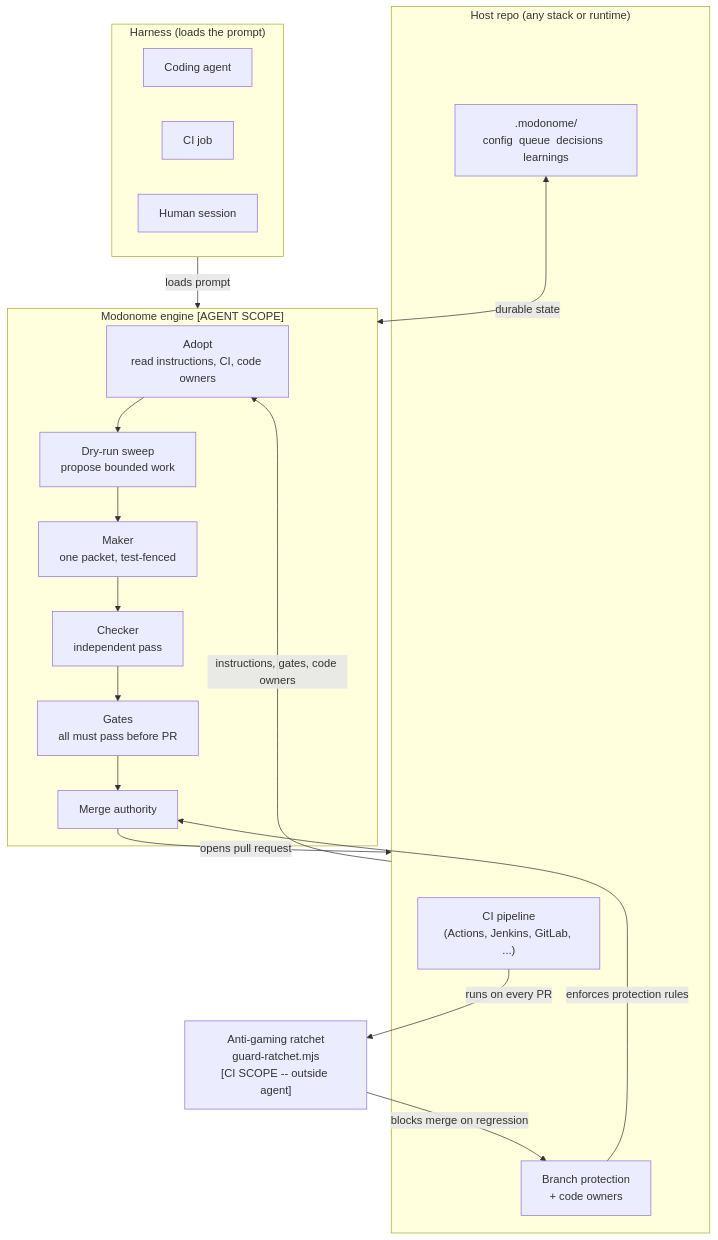
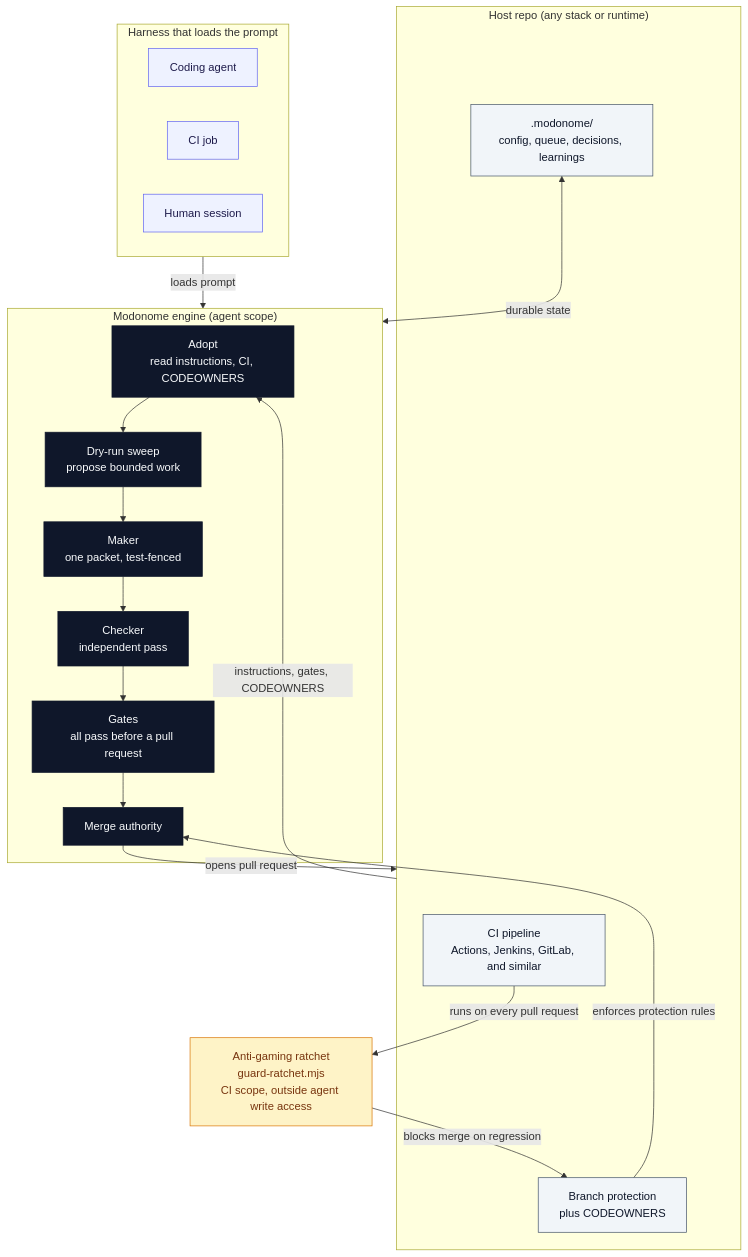
The third of 6 diagrams in ARCHITECTURE.md (enumind/modonome), drawn with Mermaid before and after one commit. The commit also changed other lines of this file and 16 other files, not shown here.

First line of the commit message:
Harden CI trust boundary and fix ratchet test-file coverage (#9)

````diff
--- a/ARCHITECTURE.md
+++ b/ARCHITECTURE.md
@@ -63,38 +163,48 @@
 ```mermaid
 flowchart TB
+  classDef host fill:#f1f5f9,stroke:#475569,color:#0f172a;
+  classDef harness fill:#eef2ff,stroke:#6366f1,color:#1e1b4b;
+  classDef agent fill:#0f172a,stroke:#0f172a,color:#f8fafc;
+  classDef ci fill:#fef3c7,stroke:#d97706,color:#78350f;
+
   subgraph host ["Host repo (any stack or runtime)"]
-    ci["CI pipeline\n(Actions, Jenkins, GitLab, ...)"]
-    bp["Branch protection\n+ code owners"]
-    sd[".modonome/\nconfig  queue  decisions  learnings"]
+    cip["CI pipeline<br/>Actions, Jenkins, GitLab, and similar"]
+    bp["Branch protection<br/>plus CODEOWNERS"]
+    sd[".modonome/<br/>config, queue, decisions, learnings"]
   end
 
-  subgraph harness ["Harness (loads the prompt)"]
+  subgraph harness ["Harness that loads the prompt"]
     h1["Coding agent"]
     h2["CI job"]
     h3["Human session"]
   end
 
-  subgraph engine ["Modonome engine  [AGENT SCOPE]"]
-    adopt["Adopt\nread instructions, CI, code owners"]
-    sweep["Dry-run sweep\npropose bounded work"]
-    maker["Maker\none packet, test-fenced"]
-    checker["Checker\nindependent pass"]
-    gates["Gates\nall must pass before PR"]
+  subgraph engine ["Modonome engine (agent scope)"]
+    adopt["Adopt<br/>read instructions, CI, CODEOWNERS"]
+    sweep["Dry-run sweep<br/>propose bounded work"]
+    maker["Maker<br/>one packet, test-fenced"]
+    checker["Checker<br/>independent pass"]
+    gates["Gates<br/>all pass before a pull request"]
     merge["Merge authority"]
   end
 
-  ratchet["Anti-gaming ratchet\nguard-ratchet.mjs\n[CI SCOPE -- outside agent]"]
+  ratchet["Anti-gaming ratchet<br/>guard-ratchet.mjs<br/>CI scope, outside agent write access"]
 
   harness -->|loads prompt| engine
   sd <-->|durable state| engine
-  host -->|instructions, gates, code owners| adopt
+  host -->|instructions, gates, CODEOWNERS| adopt
   adopt --> sweep
   sweep --> maker
   maker --> checker
   checker --> gates
   gates --> merge
   merge -->|opens pull request| host
-  ci -->|runs on every PR| ratchet
+  cip -->|runs on every pull request| ratchet
   ratchet -->|blocks merge on regression| bp
   bp -->|enforces protection rules| merge
+
+  class cip,bp,sd host
+  class h1,h2,h3 harness
+  class adopt,sweep,maker,checker,gates,merge agent
+  class ratchet ci
 ```
````
